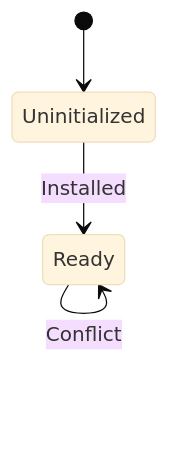
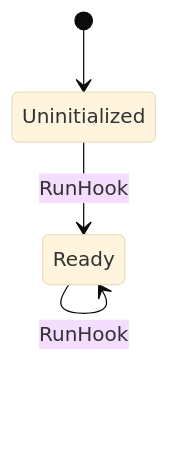
Before and after one commit to laithalsaadoon/microvms-agentd: the first of 16 diagrams in docs/behavior/state-machines.md, drawn with Mermaid (base theme). The commit also changed other lines of this file and 19 other files, not shown here.

````diff
--- a/docs/behavior/state-machines.md
+++ b/docs/behavior/state-machines.md
@@ -87,7 +11,6 @@
 ```mermaid
 stateDiagram-v2
     [*] --> Uninitialized
-    Uninitialized --> Ready: Installed
-    Ready --> Ready: AlreadyIdentical
-    Ready --> Ready: Conflict
+    Uninitialized --> Ready: RunHook
+    Ready --> Ready: RunHook
 ```
````
